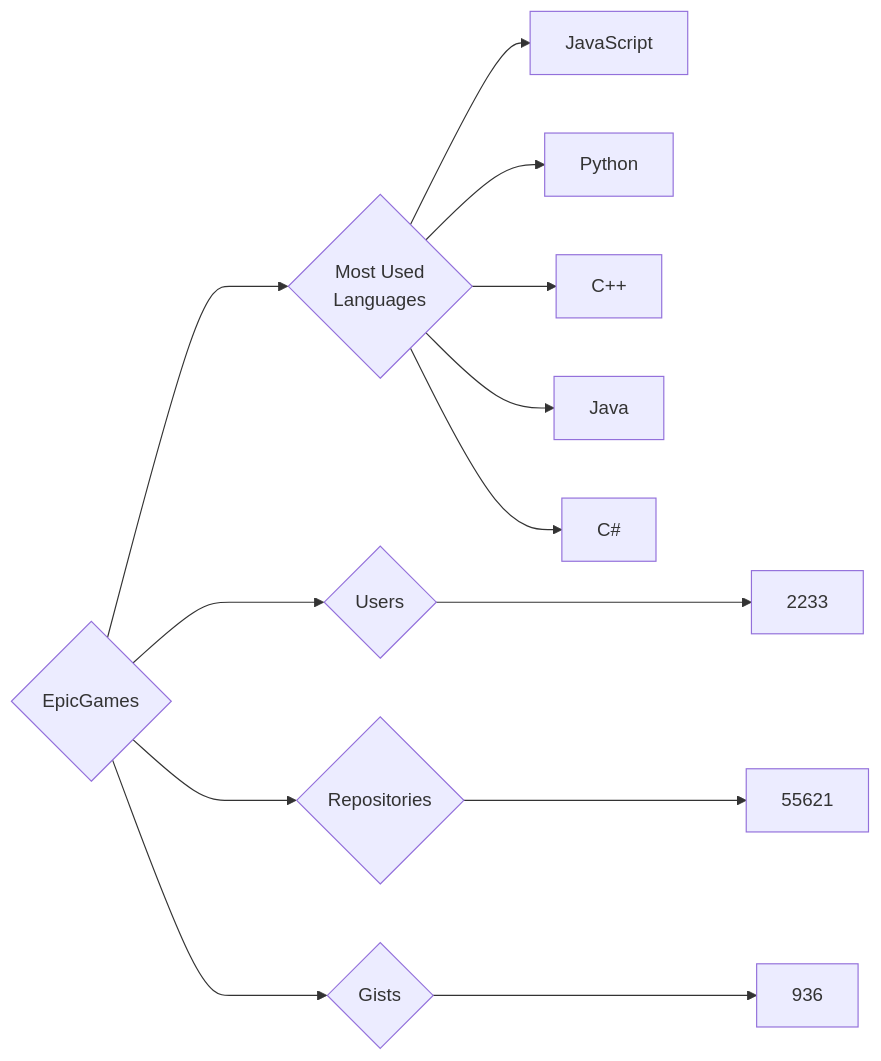
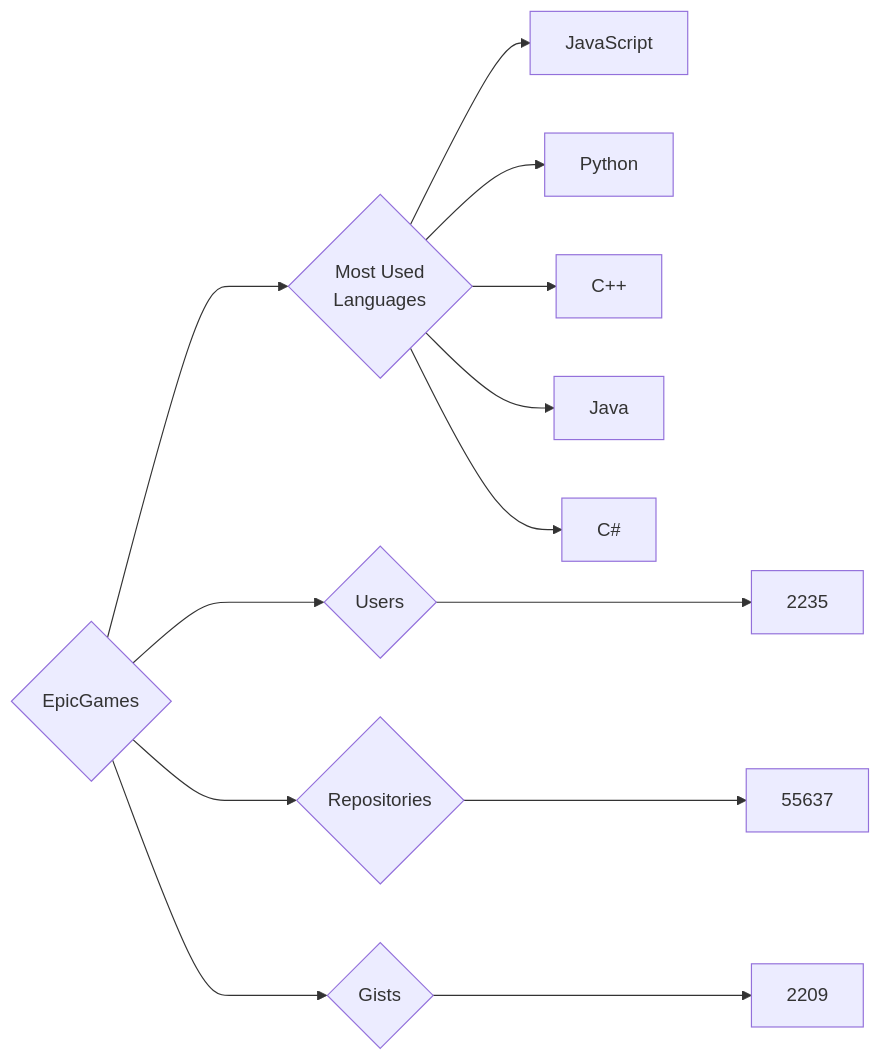
The diagram in targets/EpicGames/README.md (trickest/insiders), drawn with Mermaid before and after one commit. The commit also changed 970 other files, not shown here.

````diff
--- a/targets/EpicGames/README.md
+++ b/targets/EpicGames/README.md
@@ -3,13 +3,13 @@
 ```mermaid
 graph LR
 COMPANY_NAME{EpicGames}
-COMPANY_NAME ---> U{Users} ---> UN[2233]
-COMPANY_NAME ---> R{Repositories} ---> RN[55621]
-COMPANY_NAME ---> G{Gists} ---> GN[936]
+COMPANY_NAME ---> U{Users} ---> UN[2235]
+COMPANY_NAME ---> R{Repositories} ---> RN[55637]
+COMPANY_NAME ---> G{Gists} ---> GN[2209]
 COMPANY_NAME ---> ML{Most Used<br>Languages}
 ML --> JavaScript[JavaScript]
 ML --> Python[Python]
 ML --> C++[C++]
 ML --> Java[Java]
 ML --> C#[C#]
 ```
````
